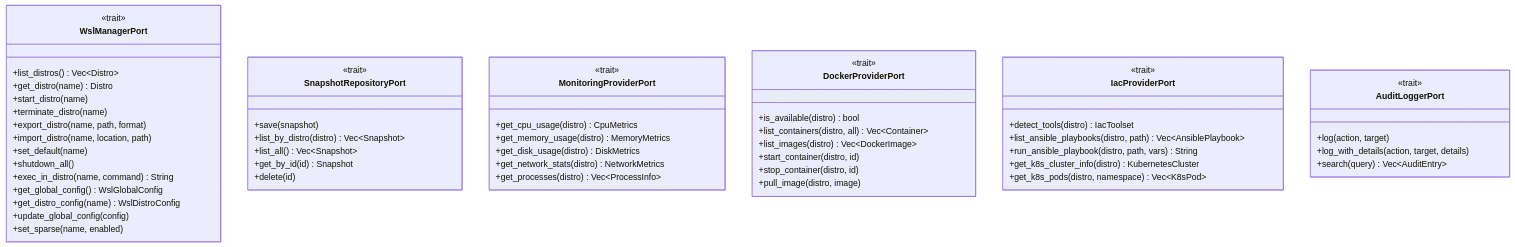
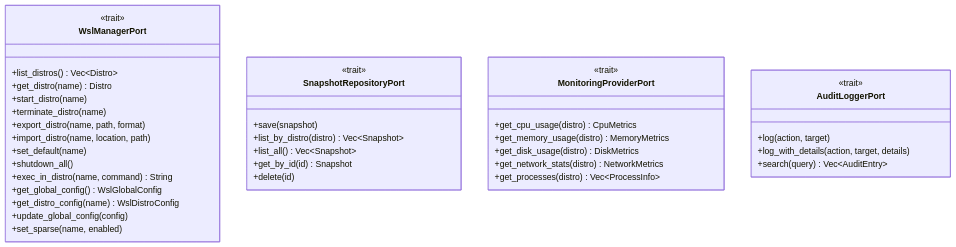
Before and after one commit to muchiny/wsl-dashboard: the diagram in src-tauri/src/domain/README.md, drawn with Mermaid. The commit also changed other lines of this file and 10 other files, not shown here.

First line of the commit message:
docs: update all 11 READMEs to reflect current architecture

````diff
--- a/src-tauri/src/domain/README.md
+++ b/src-tauri/src/domain/README.md
@@ -104,63 +98,44 @@
 ```mermaid
 classDiagram
     class WslManagerPort {
         <<trait>>
         +list_distros() Vec~Distro~
         +get_distro(name) Distro
         +start_distro(name)
         +terminate_distro(name)
         +export_distro(name, path, format)
         +import_distro(name, location, path)
         +set_default(name)
         +shutdown_all()
         +exec_in_distro(name, command) String
         +get_global_config() WslGlobalConfig
         +get_distro_config(name) WslDistroConfig
         +update_global_config(config)
         +set_sparse(name, enabled)
     }
 
     class SnapshotRepositoryPort {
         <<trait>>
         +save(snapshot)
         +list_by_distro(distro) Vec~Snapshot~
         +list_all() Vec~Snapshot~
         +get_by_id(id) Snapshot
         +delete(id)
     }
 
     class MonitoringProviderPort {
         <<trait>>
         +get_cpu_usage(distro) CpuMetrics
         +get_memory_usage(distro) MemoryMetrics
         +get_disk_usage(distro) DiskMetrics
         +get_network_stats(distro) NetworkMetrics
         +get_processes(distro) Vec~ProcessInfo~
     }
 
-    class DockerProviderPort {
-        <<trait>>
-        +is_available(distro) bool
-        +list_containers(distro, all) Vec~Container~
-        +list_images(distro) Vec~DockerImage~
-        +start_container(distro, id)
-        +stop_container(distro, id)
-        +pull_image(distro, image)
-    }
-
-    class IacProviderPort {
-        <<trait>>
-        +detect_tools(distro) IacToolset
-        +list_ansible_playbooks(distro, path) Vec~AnsiblePlaybook~
-        +run_ansible_playbook(distro, path, vars) String
-        +get_k8s_cluster_info(distro) KubernetesCluster
-        +get_k8s_pods(distro, namespace) Vec~K8sPod~
-    }
-
     class AuditLoggerPort {
         <<trait>>
         +log(action, target)
         +log_with_details(action, target, details)
         +search(query) Vec~AuditEntry~
     }
 ```
````
